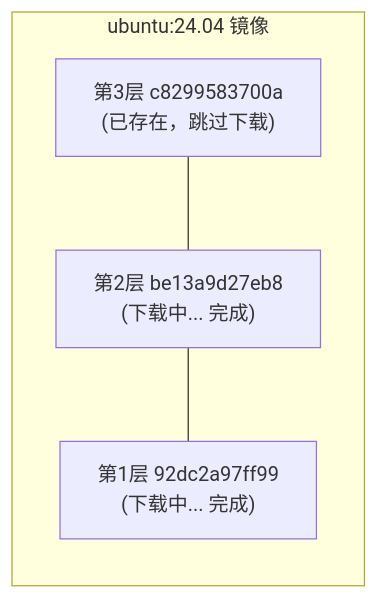
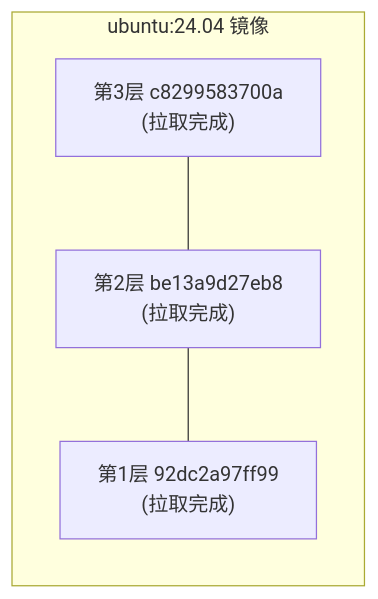
The diagram in 04_image/4.1_pull.md (yeasy/docker_practice), drawn with Mermaid before and after one commit. The commit also changed other lines of this file and 5 other files, not shown here.

````diff
--- a/04_image/4.1_pull.md
+++ b/04_image/4.1_pull.md
@@ -94,10 +94,10 @@
 ```mermaid
 flowchart TD
     subgraph Image ["ubuntu:24.04 镜像"]
         direction TB
-        L3["第3层 c8299583700a<br/>(已存在，跳过下载)"]
-        L2["第2层 be13a9d27eb8<br/>(下载中... 完成)"]
-        L1["第1层 92dc2a97ff99<br/>(下载中... 完成)"]
+        L3["第3层 c8299583700a<br/>(拉取完成)"]
+        L2["第2层 be13a9d27eb8<br/>(拉取完成)"]
+        L1["第1层 92dc2a97ff99<br/>(拉取完成)"]
         L3 --- L2 --- L1
     end
 ```
````
